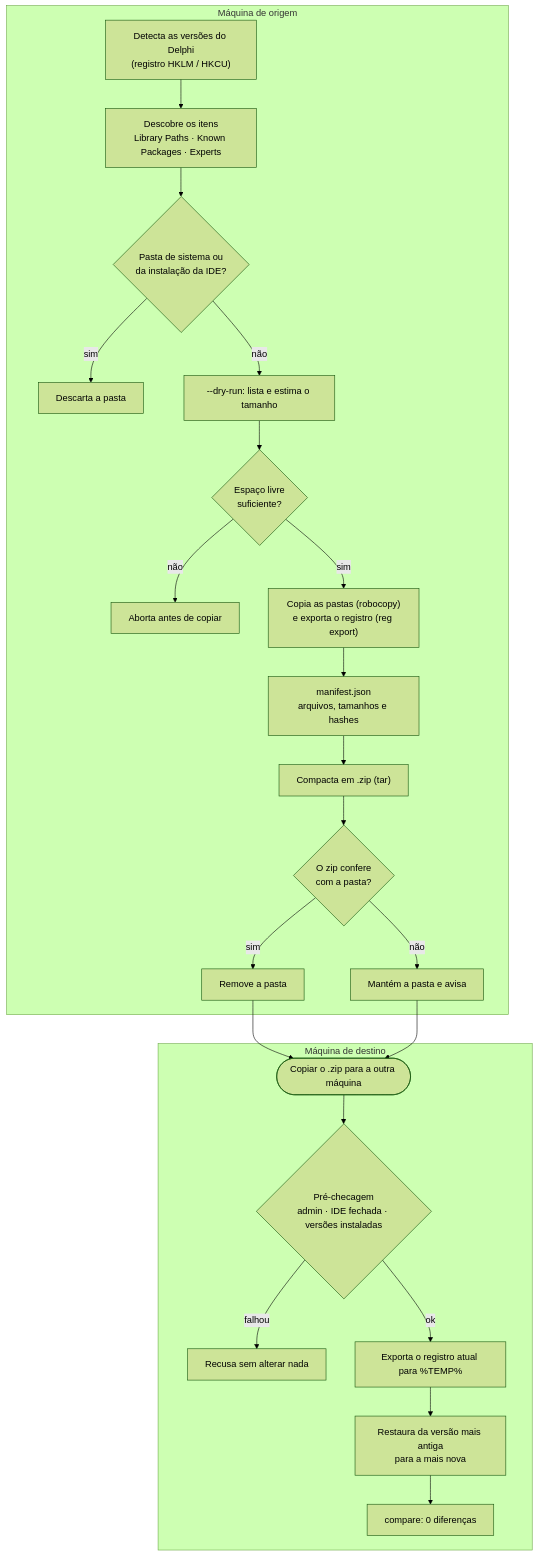
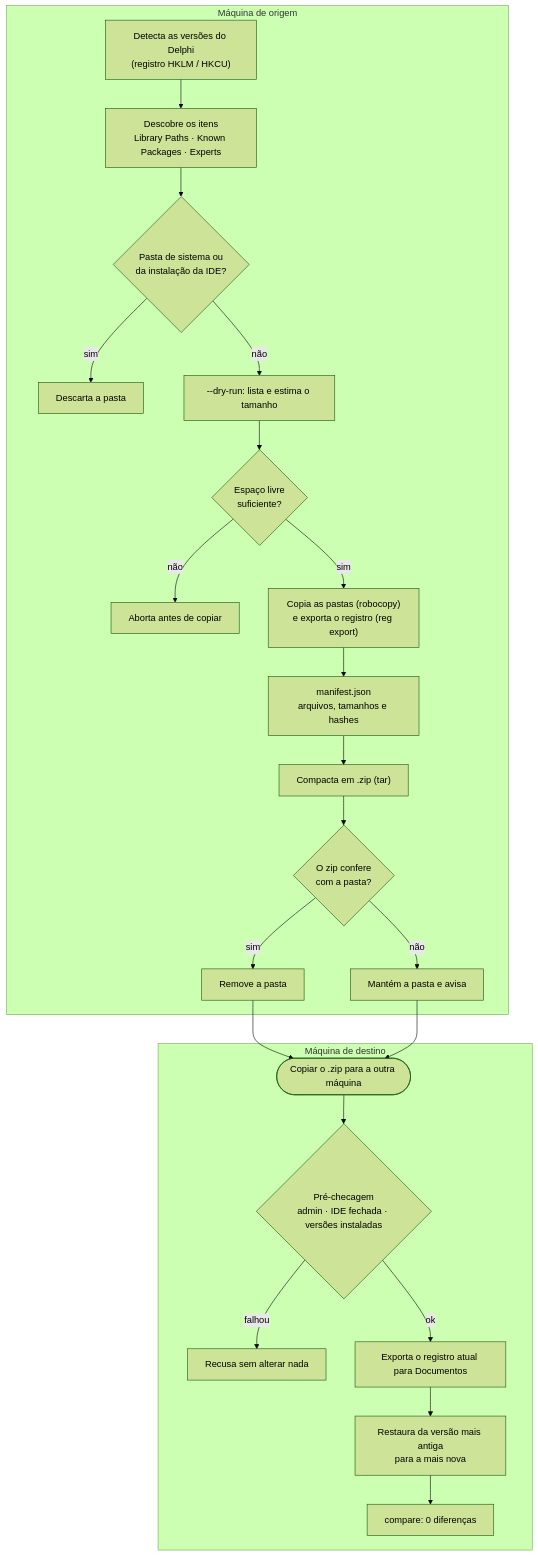
One commit to evaldoavelar/delphi-backup-restore changed the second of 2 diagrams in README.md. Above: the diagram before and after it, drawn with Mermaid (forest theme). The commit also changed other lines of this file and 11 other files, not shown here.

````diff
--- a/README.md
+++ b/README.md
@@ -98,26 +100,26 @@
 ```mermaid
 flowchart TD
     subgraph ORIGEM["Máquina de origem"]
         A["Detecta as versões do Delphi<br/>(registro HKLM / HKCU)"] --> B["Descobre os itens<br/>Library Paths · Known Packages · Experts"]
         B --> S{"Pasta de sistema ou<br/>da instalação da IDE?"}
         S -- "sim" --> X["Descarta a pasta"]
         S -- "não" --> D["--dry-run: lista e estima o tamanho"]
         D --> E{"Espaço livre<br/>suficiente?"}
         E -- "não" --> X2["Aborta antes de copiar"]
         E -- "sim" --> C["Copia as pastas (robocopy)<br/>e exporta o registro (reg export)"]
         C --> M["manifest.json<br/>arquivos, tamanhos e hashes"]
         M --> Z["Compacta em .zip (tar)"]
         Z --> V{"O zip confere<br/>com a pasta?"}
         V -- "sim" --> R["Remove a pasta"]
         V -- "não" --> K["Mantém a pasta e avisa"]
     end
     R --> T(["Copiar o .zip para a outra máquina"])
     K --> T
     subgraph DESTINO["Máquina de destino"]
         T --> P{"Pré-checagem<br/>admin · IDE fechada · versões instaladas"}
         P -- "falhou" --> PX["Recusa sem alterar nada"]
-        P -- "ok" --> BK["Exporta o registro atual para %TEMP%"]
+        P -- "ok" --> BK["Exporta o registro atual para Documentos"]
         BK --> O["Restaura da versão mais antiga<br/>para a mais nova"]
         O --> CMP["compare: 0 diferenças"]
     end
 ```
````
